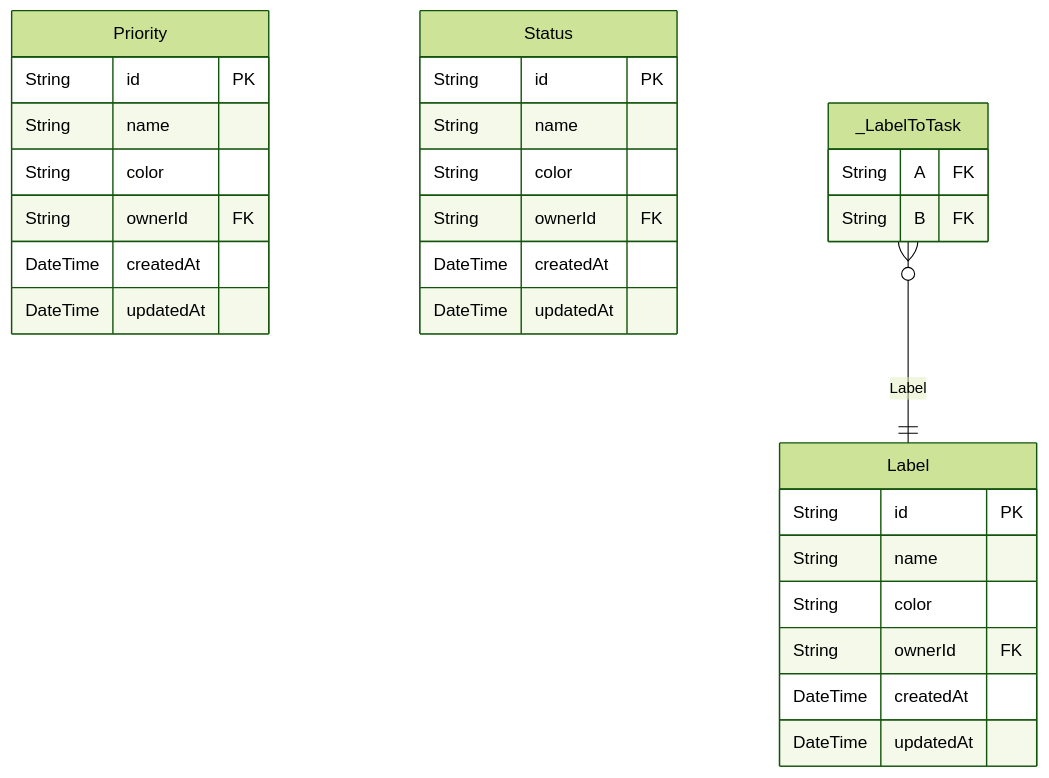
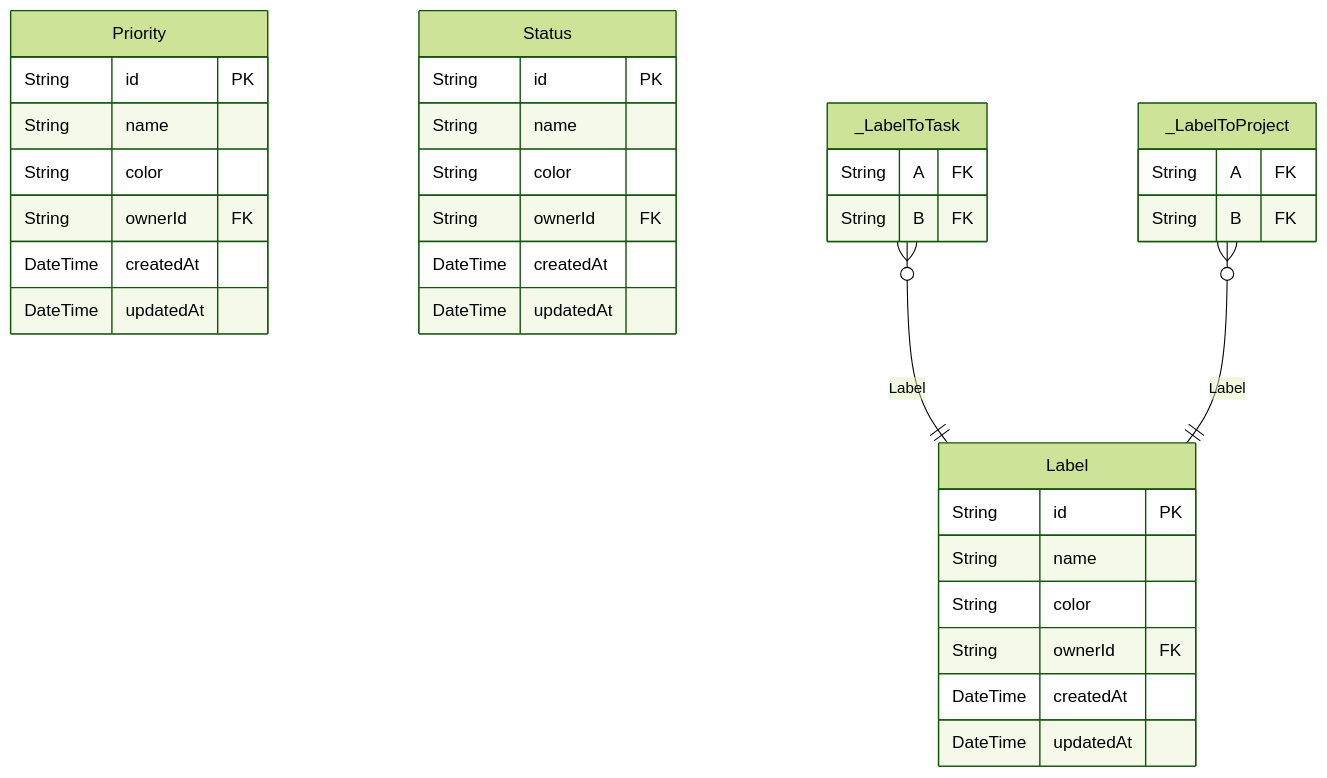
The first of 4 diagrams in docs/database-schema.md (MaquestiauxLabs/demo-react-taskmanager), drawn with Mermaid (forest theme) before and after one commit. The commit also changed other lines of this file and 5 other files, not shown here.

````diff
--- a/docs/database-schema.md
+++ b/docs/database-schema.md
@@ -12,32 +12,37 @@
 ```mermaid
 erDiagram
 "Label" {
   String id PK
   String name
   String color
   String ownerId FK
   DateTime createdAt
   DateTime updatedAt
 }
 "Priority" {
   String id PK
   String name
   String color
   String ownerId FK
   DateTime createdAt
   DateTime updatedAt
 }
 "Status" {
   String id PK
   String name
   String color
   String ownerId FK
   DateTime createdAt
   DateTime updatedAt
 }
 "_LabelToTask" {
   String A FK
   String B FK
 }
+"_LabelToProject" {
+  String A FK
+  String B FK
+}
 "_LabelToTask" }o--|| "Label" : Label
+"_LabelToProject" }o--|| "Label" : Label
 ```
````
